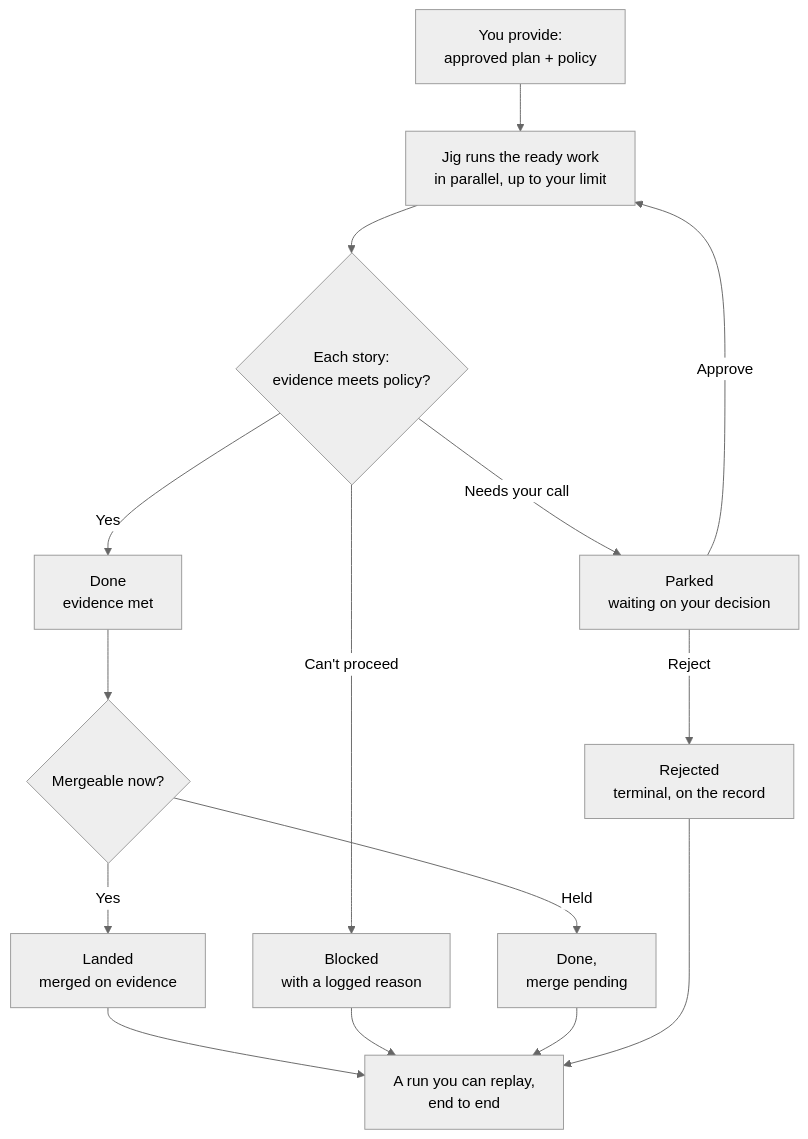
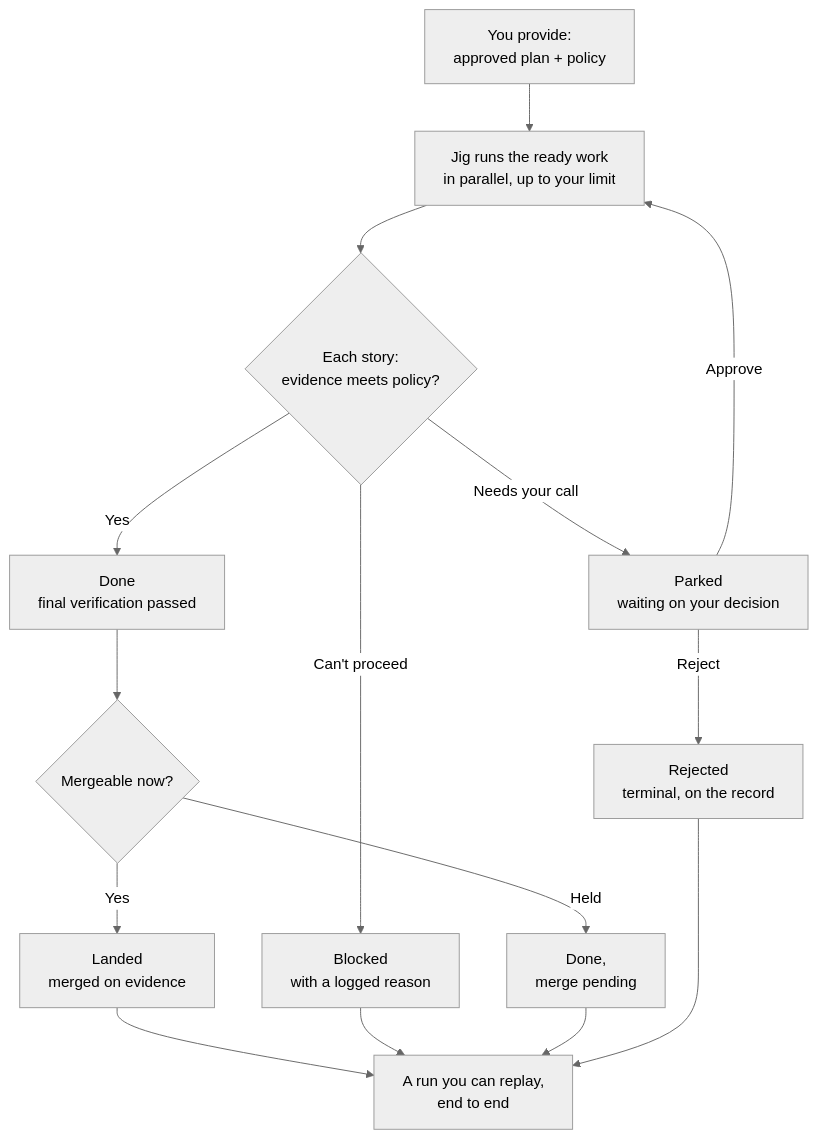
One commit to agentic-workflow-kit/jig changed the diagram in docs/product/jig.md. Above: the diagram before and after it, drawn with Mermaid (neutral theme). The commit also changed other lines of this file and 37 other files, not shown here.

````diff
--- a/docs/product/jig.md
+++ b/docs/product/jig.md
@@ -52,17 +52,17 @@
 ```mermaid
 flowchart TD
     A["You provide:<br/>approved plan + policy"] --> B["Jig runs the ready work<br/>in parallel, up to your limit"]
     B --> C{"Each story:<br/>evidence meets policy?"}
-    C -->|Yes| D["Done<br/>evidence met"]
+    C -->|Yes| D["Done<br/>final verification passed"]
     C -->|Needs your call| E["Parked<br/>waiting on your decision"]
     C -->|Can't proceed| F["Blocked<br/>with a logged reason"]
     D --> H{"Mergeable now?"}
     H -->|Yes| L["Landed<br/>merged on evidence"]
     H -->|Held| K["Done,<br/>merge pending"]
     E -->|Approve| B
     E -->|Reject| R["Rejected<br/>terminal, on the record"]
     L --> G["A run you can replay,<br/>end to end"]
     F --> G
     K --> G
     R --> G
 ```
````
